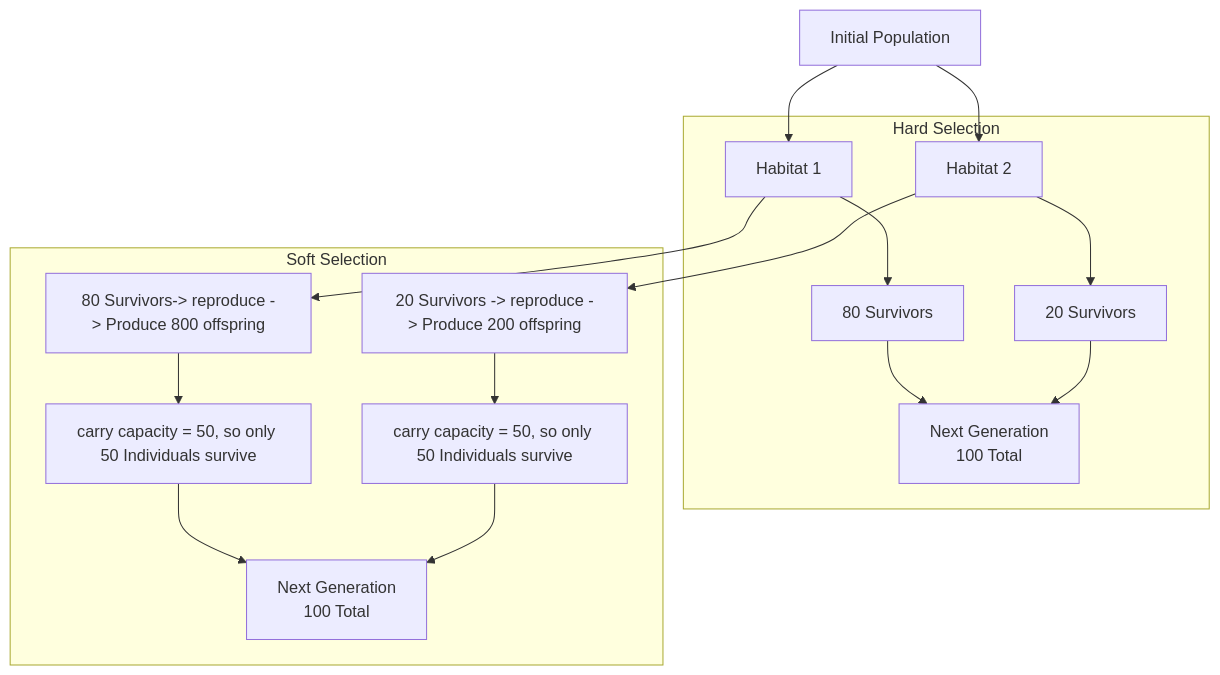
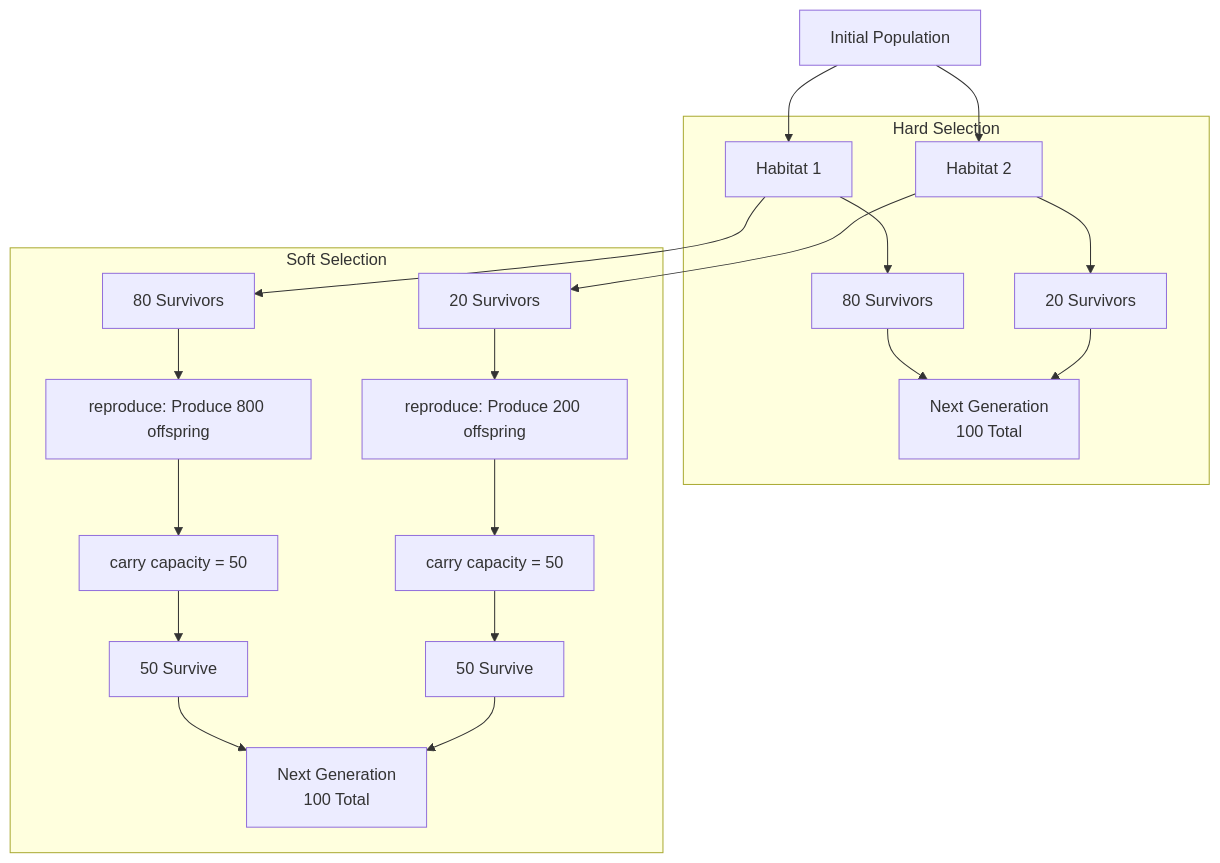
The first of 2 diagrams in Lectures/3.Fitness_EulerLotka_TypesOfSelection/3.hard_and_soft_selection.md (Jcbnunez/uvm-popgen), drawn with Mermaid before and after one commit.

Commit message:
typesofsel4

````diff
--- a/Lectures/3.Fitness_EulerLotka_TypesOfSelection/3.hard_and_soft_selection.md
+++ b/Lectures/3.Fitness_EulerLotka_TypesOfSelection/3.hard_and_soft_selection.md
@@ -125,53 +125,59 @@
 ```mermaid  
 
 flowchart TD  
 
   
 
 A[Initial Population]  
 
   
 
 A --> H1[Habitat 1]  
 
 A --> H2[Habitat 2]  
 
   
 
 subgraph Hard Selection  
 
 H1 --> HS1[80 Survivors]  
 
 H2 --> HS2[20 Survivors]  
 
   
 
 HS1 --> HN[Next Generation<br/>100 Total]  
 
 HS2 --> HN  
 
 end  
 
   
 
 subgraph Soft Selection  
 
-H1 --> SS1[80 Survivors-> reproduce -> Produce 800 offspring]  
+H1 --> SS1[80 Survivors]  
 
-H2 --> SS2[20 Survivors -> reproduce -> Produce 200 offspring]  
+H2 --> SS2[20 Survivors] 
 
+
+SS1 --> SS11[reproduce: Produce 800 offspring]  
+
+SS2 --> SS22[reproduce: Produce 200 offspring]  
   
 
-SS1 --> SQ1[carry capacity = 50, so only 50 Individuals survive]  
+SS11 --> SQ1[carry capacity = 50]  
 
-SS2 --> SQ2[carry capacity = 50, so only 50 Individuals survive]  
+SS22 --> SQ2[carry capacity = 50]  
 
-  
+SQ1 --> SQQ1[50 Survive]  
 
-SQ1 --> SN[Next Generation<br/>100 Total]  
+SQ2 --> SQQ2[50 Survive]  
 
-SQ2 --> SN  
+SQQ1 --> SN[Next Generation<br/>100 Total]  
+
+SQQ2 --> SN  
 
 end  
 
 ```
````
